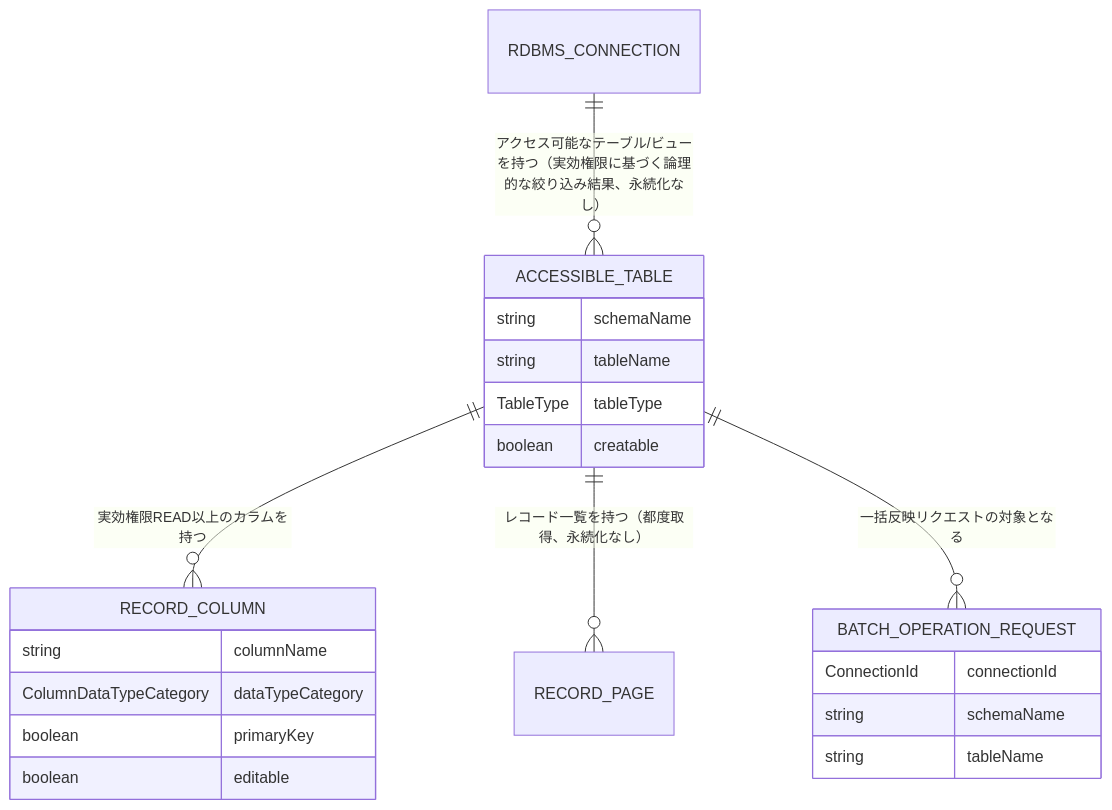
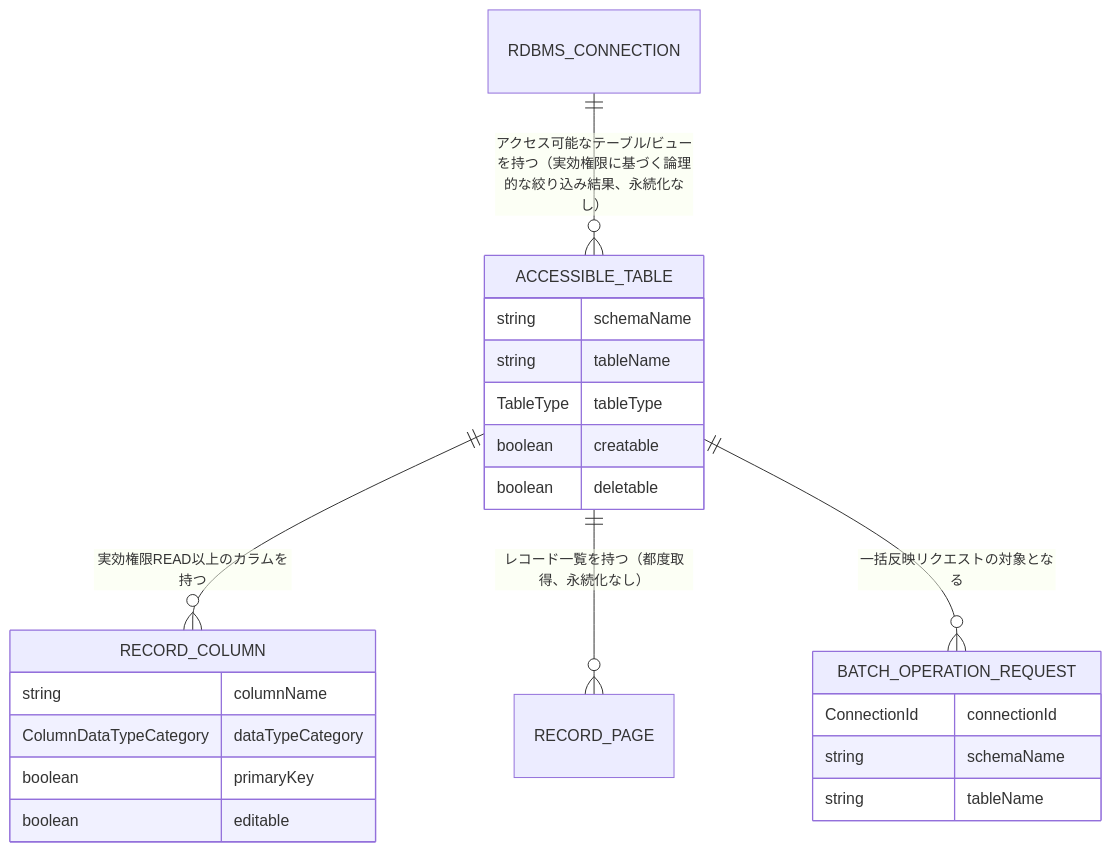
The diagram in aidlc-docs/construction/unit-05/functional-design/domain-entities.md (agwlvssainokuni/MasterMeister4), drawn with Mermaid before and after one commit. The commit also changed 4 other files, not shown here.

Commit message:
UNIT-05 Functional Design: ER図のdeletable欠落修正、フィルタ併用ルール(BR-MASTER-15)追加

````diff
--- a/aidlc-docs/construction/unit-05/functional-design/domain-entities.md
+++ b/aidlc-docs/construction/unit-05/functional-design/domain-entities.md
@@ -144,25 +144,26 @@
 ```mermaid
 erDiagram
     RDBMS_CONNECTION ||--o{ ACCESSIBLE_TABLE : "アクセス可能なテーブル/ビューを持つ（実効権限に基づく論理的な絞り込み結果、永続化なし）"
     ACCESSIBLE_TABLE ||--o{ RECORD_COLUMN : "実効権限READ以上のカラムを持つ"
     ACCESSIBLE_TABLE ||--o{ RECORD_PAGE : "レコード一覧を持つ（都度取得、永続化なし）"
     ACCESSIBLE_TABLE ||--o{ BATCH_OPERATION_REQUEST : "一括反映リクエストの対象となる"
 
     ACCESSIBLE_TABLE {
         string schemaName
         string tableName
         TableType tableType
         boolean creatable
+        boolean deletable
     }
     RECORD_COLUMN {
         string columnName
         ColumnDataTypeCategory dataTypeCategory
         boolean primaryKey
         boolean editable
     }
     BATCH_OPERATION_REQUEST {
         ConnectionId connectionId
         string schemaName
         string tableName
     }
 ```
````
